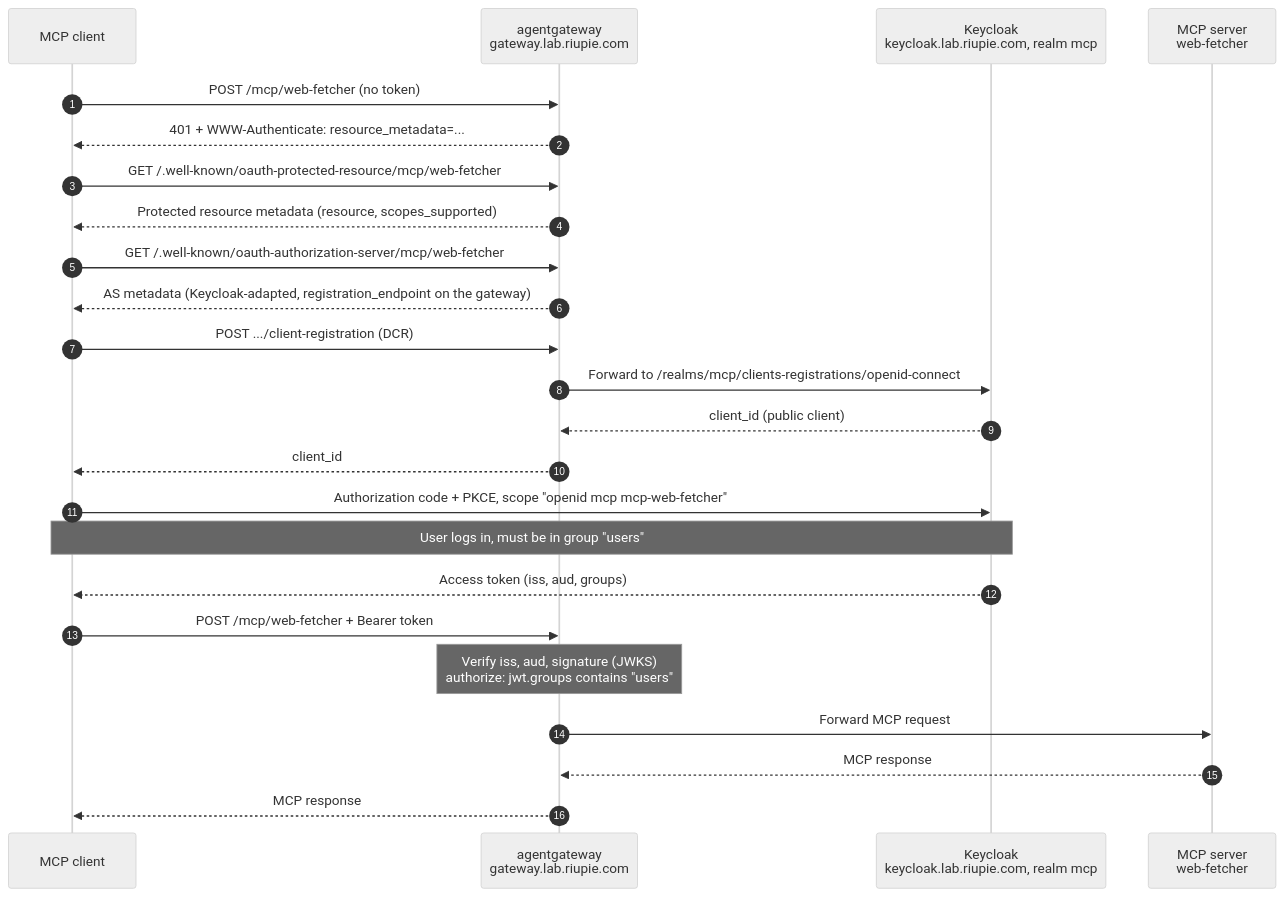
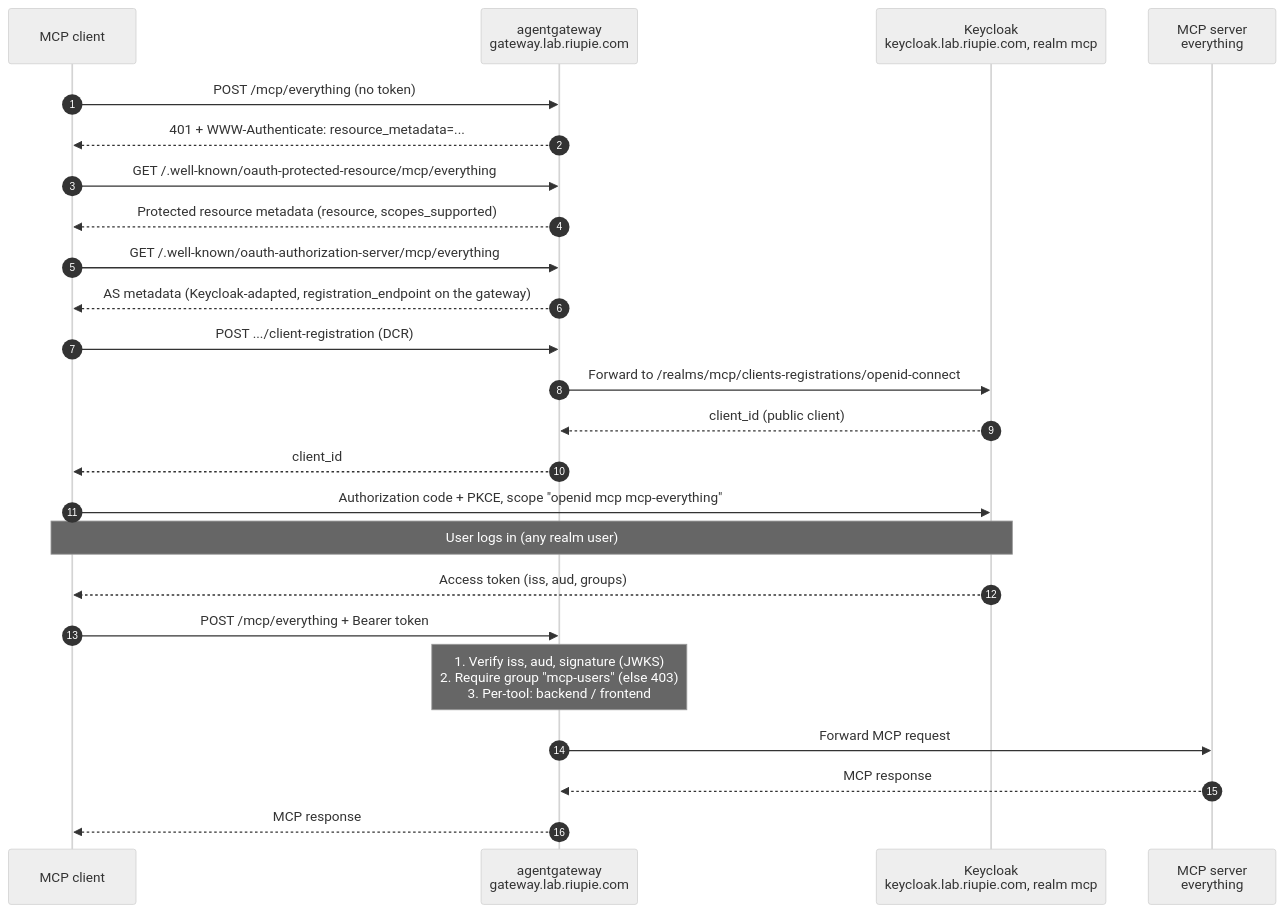
The diagram in docs/playbooks/mcp-oauth.md (riupie/infra-lab), drawn with Mermaid (neutral theme) before and after one commit. The commit also changed other lines of this file, not shown here.

````diff
--- a/docs/playbooks/mcp-oauth.md
+++ b/docs/playbooks/mcp-oauth.md
@@ -30,27 +30,27 @@
 ```mermaid
 sequenceDiagram
     autonumber
     participant C as MCP client
     participant G as agentgateway<br/>gateway.lab.riupie.com
     participant K as Keycloak<br/>keycloak.lab.riupie.com, realm mcp
-    participant M as MCP server<br/>web-fetcher
+    participant M as MCP server<br/>everything
 
-    C->>G: POST /mcp/web-fetcher (no token)
+    C->>G: POST /mcp/everything (no token)
     G-->>C: 401 + WWW-Authenticate: resource_metadata=...
-    C->>G: GET /.well-known/oauth-protected-resource/mcp/web-fetcher
+    C->>G: GET /.well-known/oauth-protected-resource/mcp/everything
     G-->>C: Protected resource metadata (resource, scopes_supported)
-    C->>G: GET /.well-known/oauth-authorization-server/mcp/web-fetcher
+    C->>G: GET /.well-known/oauth-authorization-server/mcp/everything
     G-->>C: AS metadata (Keycloak-adapted, registration_endpoint on the gateway)
     C->>G: POST .../client-registration (DCR)
     G->>K: Forward to /realms/mcp/clients-registrations/openid-connect
     K-->>G: client_id (public client)
     G-->>C: client_id
-    C->>K: Authorization code + PKCE, scope "openid mcp mcp-web-fetcher"
-    Note over C,K: User logs in, must be in group "users"
+    C->>K: Authorization code + PKCE, scope "openid mcp mcp-everything"
+    Note over C,K: User logs in (any realm user)
     K-->>C: Access token (iss, aud, groups)
-    C->>G: POST /mcp/web-fetcher + Bearer token
-    Note over G: Verify iss, aud, signature (JWKS)<br/>authorize: jwt.groups contains "users"
+    C->>G: POST /mcp/everything + Bearer token
+    Note over G: 1. Verify iss, aud, signature (JWKS)<br/>2. Require group "mcp-users" (else 403)<br/>3. Per-tool: backend / frontend
     G->>M: Forward MCP request
     M-->>G: MCP response
     G-->>C: MCP response
 ```
````
